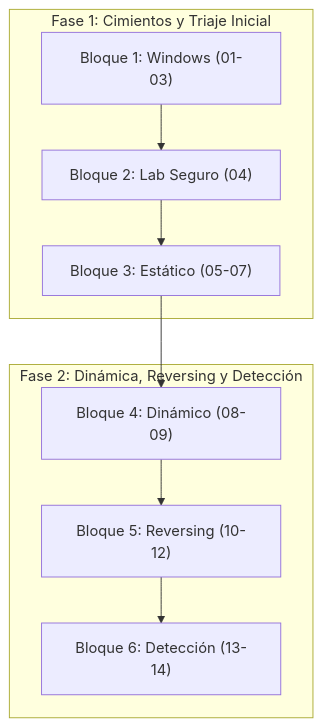
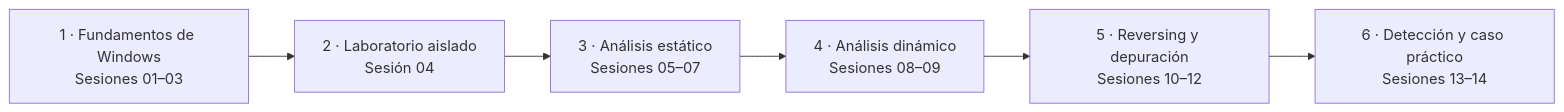
The diagram in malware-analysis/README.md (purpesec/Cybersecurity-For-Beginners), drawn with Mermaid before and after one commit. The commit also changed other lines of this file, not shown here.

Commit message:
docs(malware-analysis): simplify README sections and roadmap

````diff
--- a/malware-analysis/README.md
+++ b/malware-analysis/README.md
@@ -62,12 +55,8 @@
 ```mermaid
-flowchart TD
-    subgraph F1["Fase 1: Cimientos y Triaje Inicial"]
-        B1["Bloque 1: Windows (01-03)"] --> B2["Bloque 2: Lab Seguro (04)"] --> B3["Bloque 3: Estático (05-07)"]
-    end
-
-    subgraph F2["Fase 2: Dinámica, Reversing y Detección"]
-        B4["Bloque 4: Dinámico (08-09)"] --> B5["Bloque 5: Reversing (10-12)"] --> B6["Bloque 6: Detección (13-14)"]
-    end
-
-    B3 --> B4
+flowchart LR
+    A["1 · Fundamentos de Windows<br/>Sesiones 01–03"] --> B["2 · Laboratorio aislado<br/>Sesión 04"]
+    B --> C["3 · Análisis estático<br/>Sesiones 05–07"]
+    C --> D["4 · Análisis dinámico<br/>Sesiones 08–09"]
+    D --> E["5 · Reversing y depuración<br/>Sesiones 10–12"]
+    E --> F["6 · Detección y caso práctico<br/>Sesiones 13–14"]
 ```
````
